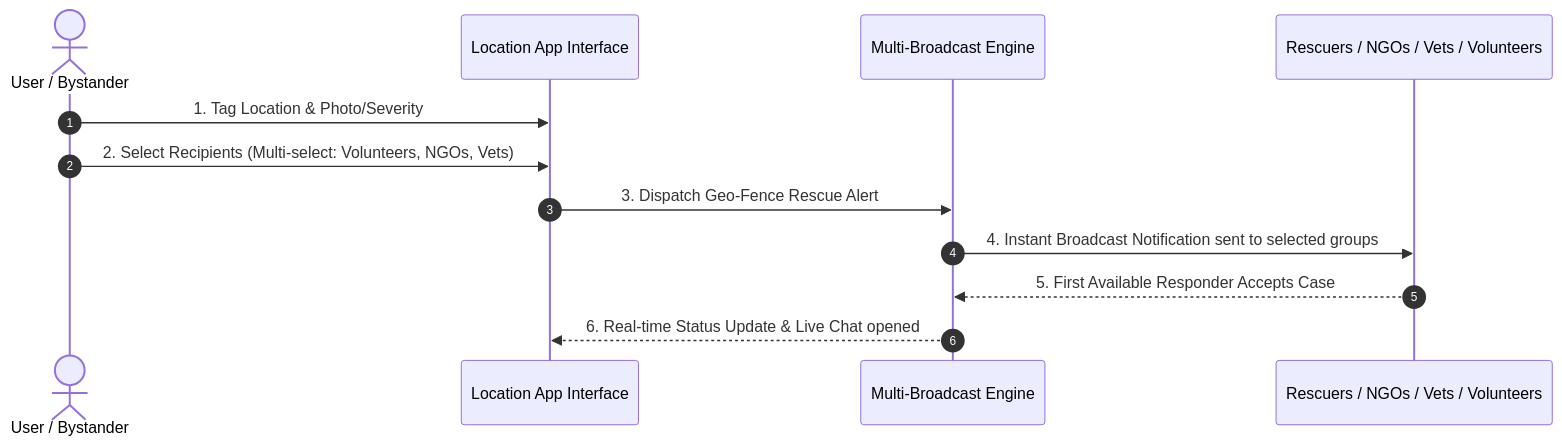
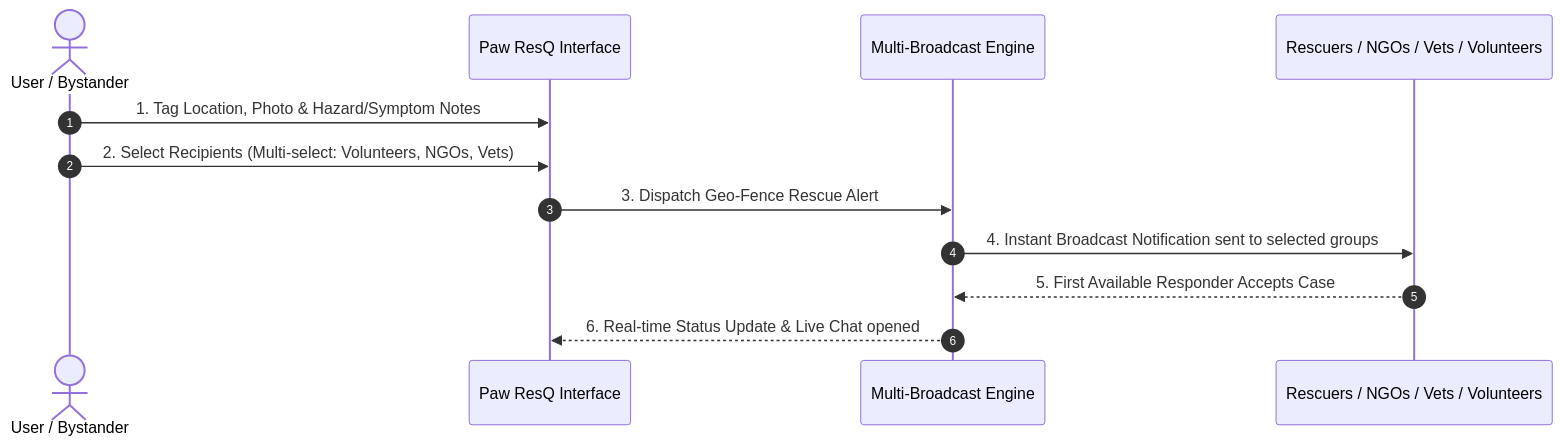
The diagram in UX_RESEARCH.md (NIFT-Information-Architecture-2026/Anshika_BD-24-913), drawn with Mermaid before and after one commit. The commit also changed other lines of this file, not shown here.

Commit message:
docs(ux): finalize phase 1 narrative, brand naming Paw ResQ, and gap audit

````diff
--- a/UX_RESEARCH.md
+++ b/UX_RESEARCH.md
@@ -24,15 +36,15 @@
 ```mermaid
 sequenceDiagram
     autonumber
     actor Bystander as User / Bystander
-    participant App as Location App Interface
+    participant App as Paw ResQ Interface
     participant System as Multi-Broadcast Engine
     participant Rescuers as Rescuers / NGOs / Vets / Volunteers
     
-    Bystander->>App: 1. Tag Location & Photo/Severity
+    Bystander->>App: 1. Tag Location, Photo & Hazard/Symptom Notes
     Bystander->>App: 2. Select Recipients (Multi-select: Volunteers, NGOs, Vets)
     App->>System: 3. Dispatch Geo-Fence Rescue Alert
     System->>Rescuers: 4. Instant Broadcast Notification sent to selected groups
     Rescuers-->>System: 5. First Available Responder Accepts Case
     System-->>App: 6. Real-time Status Update & Live Chat opened
 ```
````
